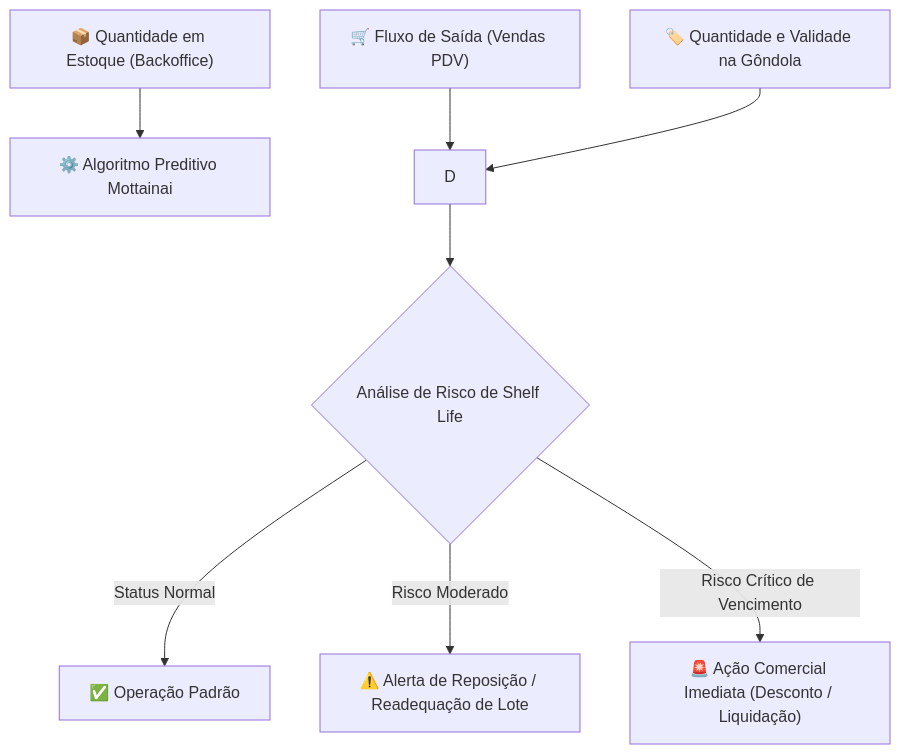
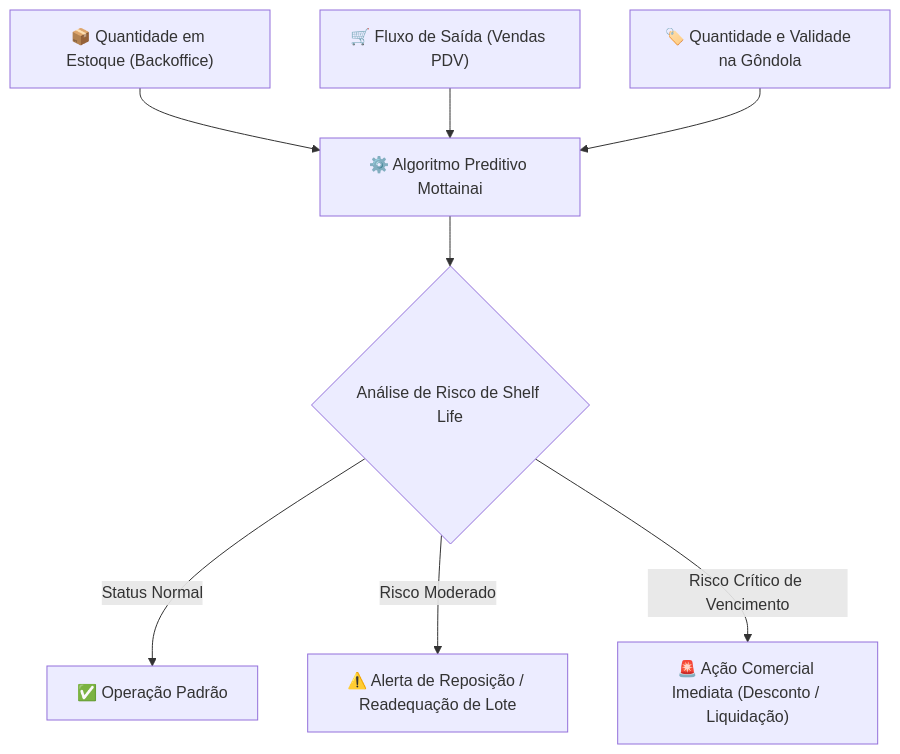
Before and after one commit to Mottainai-One/Mottainai-Primeiro-Ano: the diagram in README.md, drawn with Mermaid. The commit also changed other lines of this file, not shown here.

````diff
--- a/README.md
+++ b/README.md
@@ -65,12 +63,12 @@
 ```mermaid
 flowchart TD
-    A\["📦 Quantidade em Estoque (Backoffice)"] --> D\["⚙️ Algoritmo Preditivo Mottainai"]
-    B\["🛒 Fluxo de Saída (Vendas PDV)"] --> D
-    C\["🏷️ Quantidade e Validade na Gôndola"] --> D
+    A["📦 Quantidade em Estoque (Backoffice)"] --> D["⚙️ Algoritmo Preditivo Mottainai"]
+    B["🛒 Fluxo de Saída (Vendas PDV)"] --> D
+    C["🏷️ Quantidade e Validade na Gôndola"] --> D
 
     D --> E{"Análise de Risco de Shelf Life"}
     
-    E -->|Status Normal| F\["✅ Operação Padrão"]
-    E -->|Risco Moderado| G\["⚠️ Alerta de Reposição / Readequação de Lote"]
-    E -->|Risco Crítico de Vencimento| H\["🚨 Ação Comercial Imediata (Desconto / Liquidação)"]
+    E -->|Status Normal| F["✅ Operação Padrão"]
+    E -->|Risco Moderado| G["⚠️ Alerta de Reposição / Readequação de Lote"]
+    E -->|Risco Crítico de Vencimento| H["🚨 Ação Comercial Imediata (Desconto / Liquidação)"]
 ```
````
